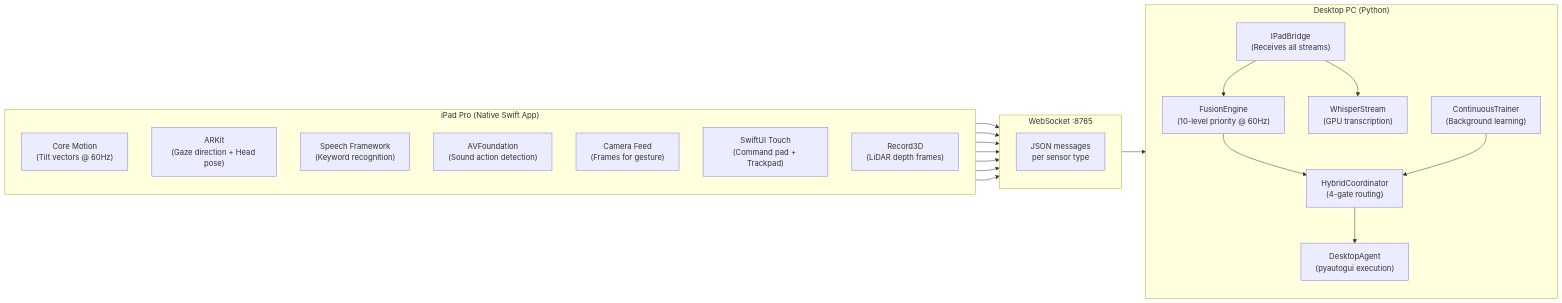
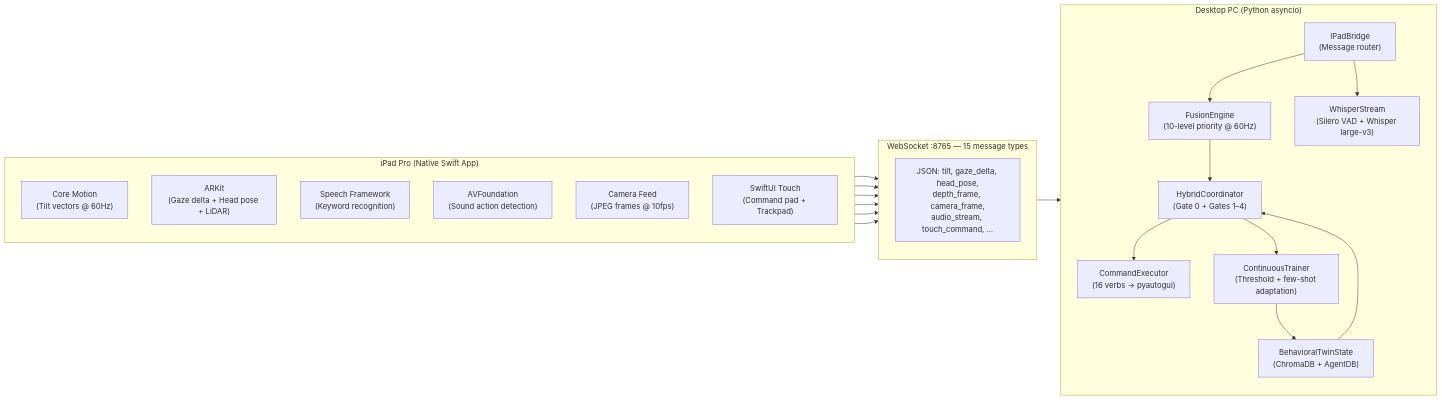
Before and after one commit to Bradly187/Personal-Desktop-Agent: the second of 4 diagrams in .kiro/specs/ipad-sensor-focus/diagrams/01-system-architecture.md, drawn with Mermaid. The commit also changed other lines of this file and 6 other files, not shown here.

````diff
--- a/.kiro/specs/ipad-sensor-focus/diagrams/01-system-architecture.md
+++ b/.kiro/specs/ipad-sensor-focus/diagrams/01-system-architecture.md
@@ -37,43 +37,44 @@
 ```mermaid
 flowchart LR
     subgraph iPad["iPad Pro (Native Swift App)"]
         direction TB
         CM["Core Motion\n(Tilt vectors @ 60Hz)"]
-        ARK["ARKit\n(Gaze direction + Head pose)"]
+        ARK["ARKit\n(Gaze delta + Head pose + LiDAR)"]
         SPE["Speech Framework\n(Keyword recognition)"]
         AVF["AVFoundation\n(Sound action detection)"]
-        CAM["Camera Feed\n(Frames for gesture)"]
+        CAM["Camera Feed\n(JPEG frames @ 10fps)"]
         TOUCH["SwiftUI Touch\n(Command pad + Trackpad)"]
-        R3D["Record3D\n(LiDAR depth frames)"]
     end
 
-    subgraph WS["WebSocket :8765"]
+    subgraph WS["WebSocket :8765 — 15 message types"]
         direction TB
-        MSG["JSON messages\nper sensor type"]
+        MSG["JSON: tilt, gaze_delta, head_pose,\ndepth_frame, camera_frame,\naudio_stream, touch_command, …"]
     end
 
-    subgraph PC["Desktop PC (Python)"]
+    subgraph PC["Desktop PC (Python asyncio)"]
         direction TB
-        BRIDGE["IPadBridge\n(Receives all streams)"]
+        BRIDGE["IPadBridge\n(Message router)"]
         FUSION["FusionEngine\n(10-level priority @ 60Hz)"]
-        WHISPER["WhisperStream\n(GPU transcription)"]
-        COORD["HybridCoordinator\n(4-gate routing)"]
-        AGENT["DesktopAgent\n(pyautogui execution)"]
-        TRAINER["ContinuousTrainer\n(Background learning)"]
+        WHISPER["WhisperStream\n(Silero VAD + Whisper large-v3)"]
+        TWIN["BehavioralTwinState\n(ChromaDB + AgentDB)"]
+        COORD["HybridCoordinator\n(Gate 0 + Gates 1–4)"]
+        AGENT["CommandExecutor\n(16 verbs → pyautogui)"]
+        TRAINER["ContinuousTrainer\n(Threshold + few-shot adaptation)"]
     end
 
     CM --> MSG
     ARK --> MSG
     SPE --> MSG
     AVF --> MSG
     CAM --> MSG
     TOUCH --> MSG
-    R3D --> MSG
 
     MSG --> BRIDGE
     BRIDGE --> FUSION
     BRIDGE --> WHISPER
     FUSION --> COORD
+    TWIN --> COORD
     COORD --> AGENT
-    TRAINER --> COORD
+    COORD --> TRAINER
+    TRAINER --> TWIN
 ```
````
